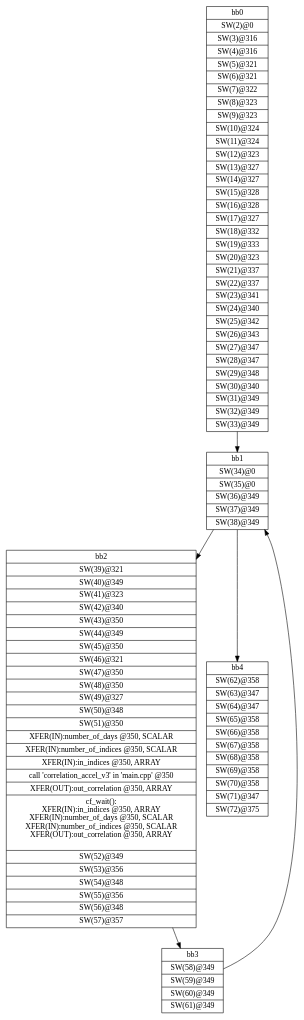
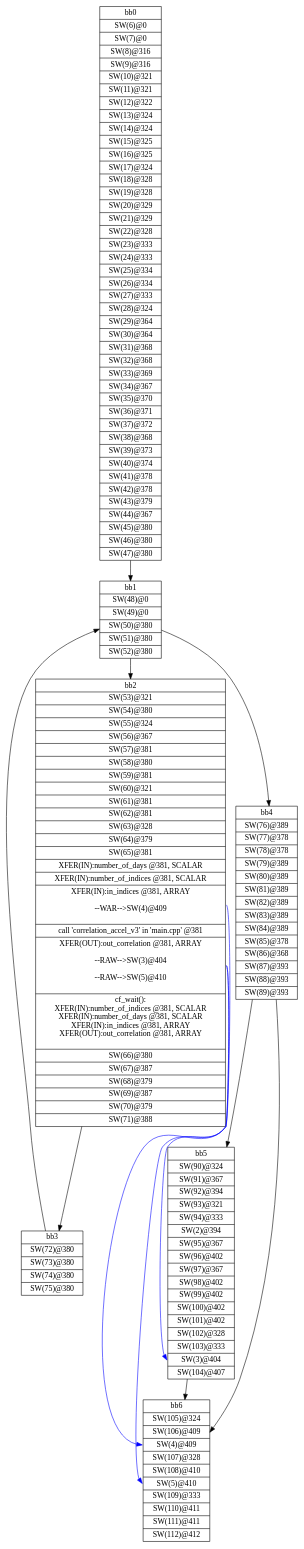
The diagram in workspace/correlation_ver2_axis/correlation_axis_ver3/SDRelease/_sds/.llvm/_px_cdfg_wait_main.dot (nguyencanhtrung/SDSoC), drawn with Graphviz before and after one commit. The commit also changed 6883 other files, not shown here.

Commit message:
Add v2: nodata flow Add v3: data flow - Stream FIFO = 252

```diff
--- a/workspace/correlation_ver2_axis/correlation_axis_ver3/SDRelease/_sds/.llvm/_px_cdfg_wait_main.dot
+++ b/workspace/correlation_ver2_axis/correlation_axis_ver3/SDRelease/_sds/.llvm/_px_cdfg_wait_main.dot
@@ -1,13 +1,21 @@
 digraph CDFG {
 node [shape=record];
-bb0 [shape=record, label = "{bb0|<x0x2a6e1f0>SW(2)@0\n|<x0x2a70a70>SW(3)@316\n|<x0x2a6e3d0>SW(4)@316\n|<x0x2a6e610>SW(5)@321\n|<x0x2a6e840>SW(6)@321\n|<x0x2a6ea70>SW(7)@322\n|<x0x2a6eca0>SW(8)@323\n|<x0x2a6eed0>SW(9)@323\n|<x0x2a6f100>SW(10)@324\n|<x0x2a70d10>SW(11)@324\n|<x0x2a70ed0>SW(12)@323\n|<x0x2a71110>SW(13)@327\n|<x0x2a71340>SW(14)@327\n|<x0x2a71570>SW(15)@328\n|<x0x2a717c0>SW(16)@328\n|<x0x2a719d0>SW(17)@327\n|<x0x2a71c10>SW(18)@332\n|<x0x2a726a0>SW(19)@333\n|<x0x2a727f0>SW(20)@323\n|<x0x2a72a20>SW(21)@337\n|<x0x2a71d60>SW(22)@337\n|<x0x2a72430>SW(23)@341\n|<x0x2a71f80>SW(24)@340\n|<x0x2a721d0>SW(25)@342\n|<x0x2a73480>SW(26)@343\n|<x0x2a736d0>SW(27)@347\n|<x0x2a738e0>SW(28)@347\n|<x0x2a73b20>SW(29)@348\n|<x0x2a73d50>SW(30)@340\n|<x0x2a73fa0>SW(31)@349\n|<x0x2a741c0>SW(32)@349\n|<x0x2a74400>SW(33)@349\n}"];
-bb1 [shape=record, label = "{bb1|<x0x2a747a0>SW(34)@0\n|<x0x2a74910>SW(35)@0\n|<x0x2a74ab0>SW(36)@349\n|<x0x2a74ce0>SW(37)@349\n|<x0x2a74ef0>SW(38)@349\n}"];
-bb2 [shape=record, label = "{bb2|<x0x2a74680>SW(39)@321\n|<x0x2a75570>SW(40)@349\n|<x0x2a75730>SW(41)@323\n|<x0x2a75960>SW(42)@340\n|<x0x2a75bb0>SW(43)@350\n|<x0x2a75dd0>SW(44)@349\n|<x0x2a76000>SW(45)@350\n|<x0x2a76210>SW(46)@321\n|<x0x2a76440>SW(47)@350\n|<x0x2a76650>SW(48)@350\n|<x0x2a76870>SW(49)@327\n|<x0x2a76aa0>SW(50)@348\n|<x0x2a76cd0>SW(51)@350\n|<x0x2a7b6b0>XFER(IN):number_of_days @350, SCALAR\n|<x0x2a7a240>XFER(IN):number_of_indices @350, SCALAR\n|<x0x2a7a350>XFER(IN):in_indices @350, ARRAY\n|<x0x2a68a40>call 'correlation_accel_v3' in 'main.cpp' @350\n|<x0x2a7b810>XFER(OUT):out_correlation @350, ARRAY\n|<x0x2a7bac0>cf_wait(): \nXFER(IN):in_indices @350, ARRAY\nXFER(IN):number_of_days @350, SCALAR\nXFER(IN):number_of_indices @350, SCALAR\nXFER(OUT):out_correlation @350, ARRAY\n\n|<x0x2a76f20>SW(52)@349\n|<x0x2a77150>SW(53)@356\n|<x0x2a77360>SW(54)@348\n|<x0x2a77590>SW(55)@356\n|<x0x2a777d0>SW(56)@348\n|<x0x2a77a10>SW(57)@357\n}"];
-bb3 [shape=record, label = "{bb3|<x0x2a77d50>SW(58)@349\n|<x0x2a77f80>SW(59)@349\n|<x0x2a78190>SW(60)@349\n|<x0x2a783d0>SW(61)@349\n}"];
-bb4 [shape=record, label = "{bb4|<x0x2a787e0>SW(62)@358\n|<x0x2a789d0>SW(63)@347\n|<x0x2a78c10>SW(64)@347\n|<x0x2a78e40>SW(65)@358\n|<x0x2a79050>SW(66)@358\n|<x0x2a79260>SW(67)@358\n|<x0x2a79470>SW(68)@358\n|<x0x2a79700>SW(69)@358\n|<x0x2a798a0>SW(70)@358\n|<x0x2a79ac0>SW(71)@347\n|<x0x2a79d00>SW(72)@375\n}"];
+bb0 [shape=record, label = "{bb0|<x0x3b4dd20>SW(6)@0\n|<x0x3b4ddf0>SW(7)@0\n|<x0x3b4f490>SW(8)@316\n|<x0x3b4f6d0>SW(9)@316\n|<x0x3b4f910>SW(10)@321\n|<x0x3b4fb40>SW(11)@321\n|<x0x3b4fd70>SW(12)@322\n|<x0x3b4ffa0>SW(13)@324\n|<x0x3b501d0>SW(14)@324\n|<x0x3b50400>SW(15)@325\n|<x0x3b50650>SW(16)@325\n|<x0x3b50860>SW(17)@324\n|<x0x3b50aa0>SW(18)@328\n|<x0x3b50cd0>SW(19)@328\n|<x0x3b50f00>SW(20)@329\n|<x0x3b51150>SW(21)@329\n|<x0x3b49b30>SW(22)@328\n|<x0x3b49d20>SW(23)@333\n|<x0x3b49f50>SW(24)@333\n|<x0x3b4a180>SW(25)@334\n|<x0x3b4a3d0>SW(26)@334\n|<x0x3b4a5e0>SW(27)@333\n|<x0x3b4a820>SW(28)@324\n|<x0x3b4aa50>SW(29)@364\n|<x0x3b4ac60>SW(30)@364\n|<x0x3b4ae80>SW(31)@368\n|<x0x3b4b0b0>SW(32)@368\n|<x0x3b4b2c0>SW(33)@369\n|<x0x3b4b510>SW(34)@367\n|<x0x3b4b760>SW(35)@370\n|<x0x3b4b9d0>SW(36)@371\n|<x0x3b51ff0>SW(37)@372\n|<x0x3b52240>SW(38)@368\n|<x0x3b52480>SW(39)@373\n|<x0x3b526e0>SW(40)@374\n|<x0x3b52930>SW(41)@378\n|<x0x3b52b50>SW(42)@378\n|<x0x3b52d90>SW(43)@379\n|<x0x3b52fc0>SW(44)@367\n|<x0x3b53210>SW(45)@380\n|<x0x3b53430>SW(46)@380\n|<x0x3b53670>SW(47)@380\n}"];
+bb1 [shape=record, label = "{bb1|<x0x3b53a10>SW(48)@0\n|<x0x3b53b80>SW(49)@0\n|<x0x3b53d20>SW(50)@380\n|<x0x3b54020>SW(51)@380\n|<x0x3b541a0>SW(52)@380\n}"];
+bb2 [shape=record, label = "{bb2|<x0x3b538f0>SW(53)@321\n|<x0x3b54770>SW(54)@380\n|<x0x3b549a0>SW(55)@324\n|<x0x3b54bd0>SW(56)@367\n|<x0x3b54e20>SW(57)@381\n|<x0x3b55040>SW(58)@380\n|<x0x3b55270>SW(59)@381\n|<x0x3b55480>SW(60)@321\n|<x0x3b556b0>SW(61)@381\n|<x0x3b558c0>SW(62)@381\n|<x0x3b55ae0>SW(63)@328\n|<x0x3b55d10>SW(64)@379\n|<x0x3b55f40>SW(65)@381\n|<x0x3b5d180>XFER(IN):number_of_days @381, SCALAR\n|<x0x3b5d240>XFER(IN):number_of_indices @381, SCALAR\n|<x0x3b5d320>XFER(IN):in_indices @381, ARRAY\n\n--WAR--\>SW(4)@409\n\n|<x0x3b44040>call 'correlation_accel_v3' in 'main.cpp' @381\n|<x0x3b5e810>XFER(OUT):out_correlation @381, ARRAY\n\n--RAW--\>SW(3)@404\n\n--RAW--\>SW(5)@410\n\n|<x0x3b4d940>cf_wait(): \nXFER(IN):number_of_indices @381, SCALAR\nXFER(IN):number_of_days @381, SCALAR\nXFER(IN):in_indices @381, ARRAY\nXFER(OUT):out_correlation @381, ARRAY\n\n|<x0x3b561e0>SW(66)@380\n|<x0x3b563a0>SW(67)@387\n|<x0x3b565b0>SW(68)@379\n|<x0x3b567e0>SW(69)@387\n|<x0x3b56a00>SW(70)@379\n|<x0x3b56c40>SW(71)@388\n}"];
+bb3 [shape=record, label = "{bb3|<x0x3b56f80>SW(72)@380\n|<x0x3b571b0>SW(73)@380\n|<x0x3b573c0>SW(74)@380\n|<x0x3b57600>SW(75)@380\n}"];
+bb4 [shape=record, label = "{bb4|<x0x3b57a10>SW(76)@389\n|<x0x3b57c00>SW(77)@378\n|<x0x3b57e40>SW(78)@378\n|<x0x3b58070>SW(79)@389\n|<x0x3b58300>SW(80)@389\n|<x0x3b584c0>SW(81)@389\n|<x0x3b586d0>SW(82)@389\n|<x0x3b588e0>SW(83)@389\n|<x0x3b58b40>SW(84)@389\n|<x0x3b58d60>SW(85)@378\n|<x0x3b58fa0>SW(86)@368\n|<x0x3b591e0>SW(87)@393\n|<x0x3b593f0>SW(88)@393\n|<x0x3b59600>SW(89)@393\n}"];
+bb5 [shape=record, label = "{bb5|<x0x3b59950>SW(90)@324\n|<x0x3b59b80>SW(91)@367\n|<x0x3b59dd0>SW(92)@394\n|<x0x3b59ff0>SW(93)@321\n|<x0x3b5a220>SW(94)@333\n|<x0x3b49a30>SW(2)@394\n|<x0x3b5a4d0>SW(95)@367\n|<x0x3b5a690>SW(96)@402\n|<x0x3b5a8b0>SW(97)@367\n|<x0x3b5ab00>SW(98)@402\n|<x0x3b5ad10>SW(99)@402\n|<x0x3b5af20>SW(100)@402\n|<x0x3b5b130>SW(101)@402\n|<x0x3b5b370>SW(102)@328\n|<x0x3b5b5a0>SW(103)@333\n|<x0x3b49710>SW(3)@404\n|<x0x3b5b7f0>SW(104)@407\n}"];
+bb6 [shape=record, label = "{bb6|<x0x3b5bb30>SW(105)@324\n|<x0x3b5bd60>SW(106)@409\n|<x0x3b4cc30>SW(4)@409\n|<x0x3b5bf90>SW(107)@328\n|<x0x3b5c1c0>SW(108)@410\n|<x0x3b4d070>SW(5)@410\n|<x0x3b5c3f0>SW(109)@333\n|<x0x3b5c6c0>SW(110)@411\n|<x0x3b5c880>SW(111)@411\n|<x0x3b5ca90>SW(112)@412\n}"];
 bb0 -> bb1
 bb1 -> bb2
 bb1 -> bb4
 bb2 -> bb3
 bb3 -> bb1
+bb4 -> bb5
+bb4 -> bb6
+bb5 -> bb6
+bb2:x0x3b5d320 -> bb6:x0x3b4cc30[color=blue]
+bb2:x0x3b5e810 -> bb5:x0x3b49710[color=blue]
+bb2:x0x3b5e810 -> bb6:x0x3b4d070[color=blue]
 }
```
